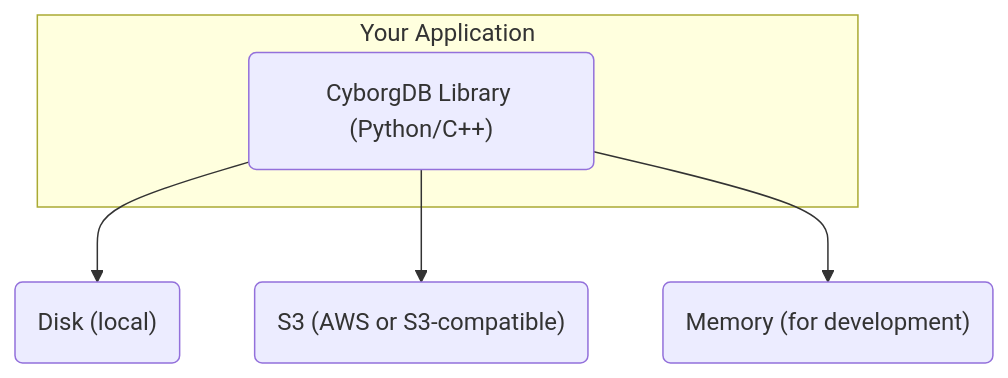
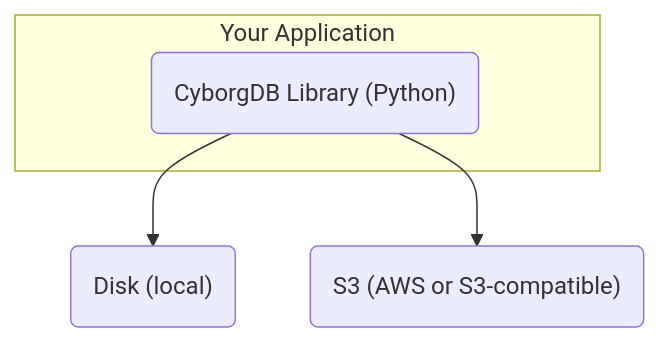
The diagram in versions/latest/embedded/guides/intro/about.mdx (cyborginc/cyborgdb-docs), drawn with Mermaid before and after one commit. The commit also changed other lines of this file and 509 other files, not shown here.

````diff
--- a/versions/latest/embedded/guides/intro/about.mdx
+++ b/versions/latest/embedded/guides/intro/about.mdx
@@ -47,10 +47,9 @@
 ```mermaid
 flowchart TB
   subgraph Your_Applications [Your Application]
-    Library("CyborgDB Library (Python/C++)")
+    Library("CyborgDB Library (Python)")
   end
 
   Library --> Disk("Disk (local)")
   Library --> S3("S3 (AWS or S3-compatible)")
-  Library --> Memory("Memory (for development)")
 ```
````
